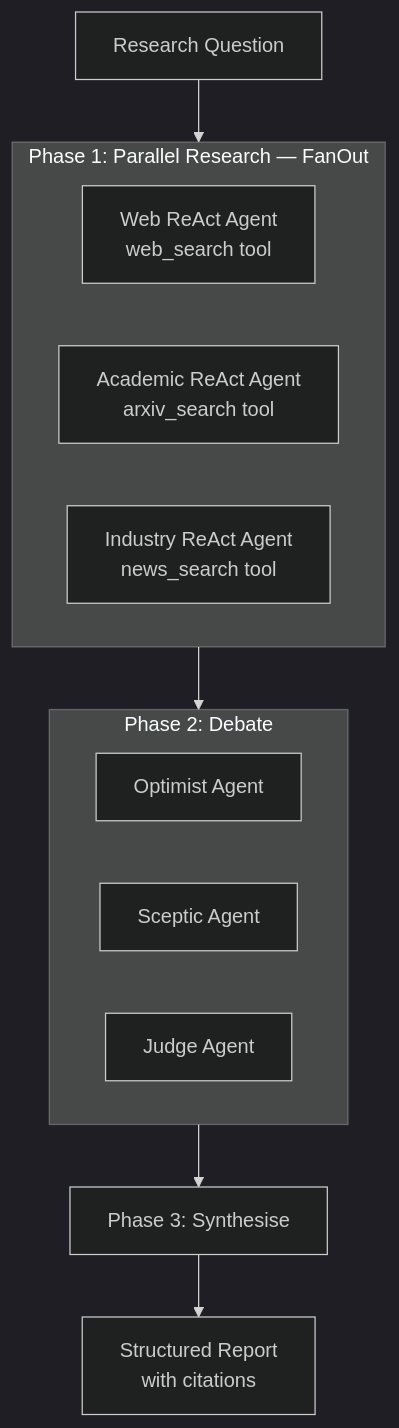
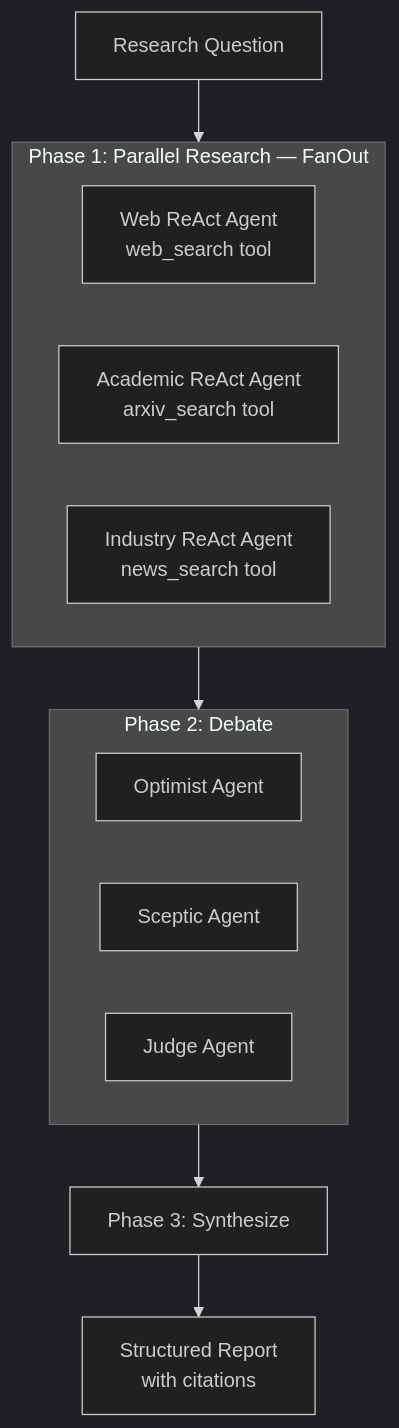
Before and after one commit to pyagent-core/pyagent: the diagram in docs/cookbook/research-analysis/research-assistant.md, drawn with Mermaid (dark theme). The commit also changed other lines of this file and 135 other files, not shown here.

````diff
--- a/docs/cookbook/research-analysis/research-assistant.md
+++ b/docs/cookbook/research-analysis/research-assistant.md
@@ -23,21 +25,21 @@
 ```mermaid
 flowchart TD
     Q[Research Question] --> P1[Phase 1: Parallel Research]
 
     subgraph P1[Phase 1: Parallel Research — FanOut]
         WR[Web ReAct Agent\nweb_search tool]
         AR[Academic ReAct Agent\narxiv_search tool]
         IR[Industry ReAct Agent\nnews_search tool]
     end
 
     P1 --> P2[Phase 2: Compress + Debate]
 
     subgraph P2[Phase 2: Debate]
         OPT[Optimist Agent]
         SKP[Sceptic Agent]
         JDG[Judge Agent]
     end
 
-    P2 --> P3[Phase 3: Synthesise]
+    P2 --> P3[Phase 3: Synthesize]
     P3 --> RPT[Structured Report\nwith citations]
 ```
````
